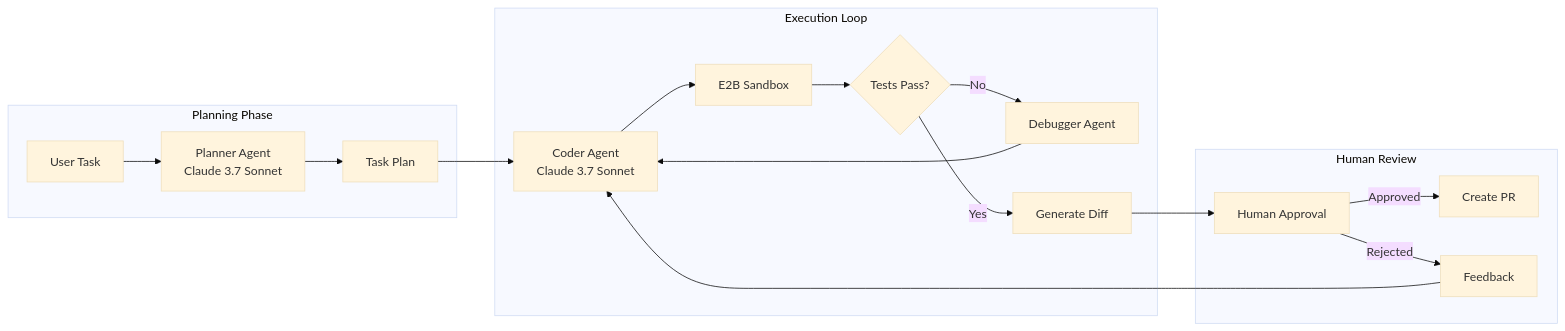
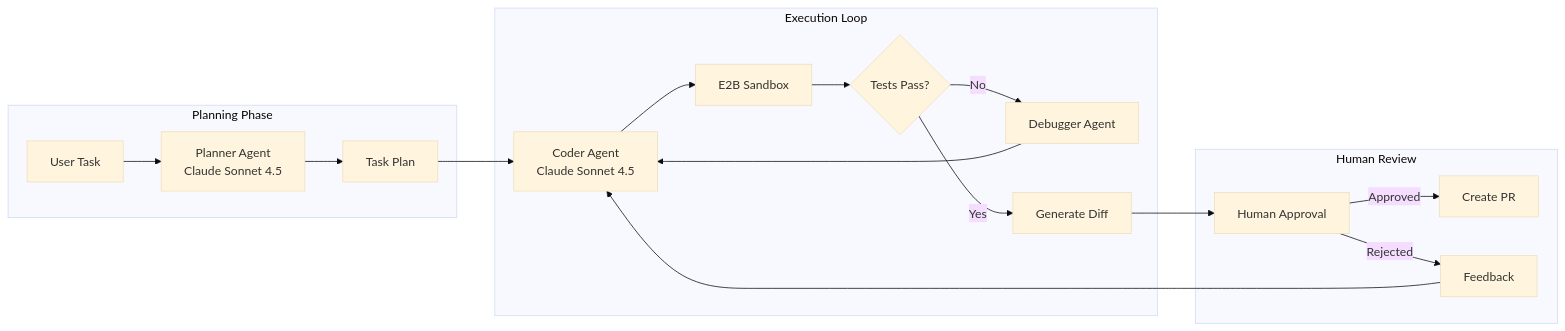
One commit to SyedMoasib000/ai-system-design-guide changed the first of 2 diagrams in 16-case-studies/07-autonomous-coding-agent.md. Above: the diagram before and after it, drawn with Mermaid (base theme). The commit also changed other lines of this file and 21 other files, not shown here.

Commit message:
docs: update model references to verified Dec 2025 names (GPT-5.2, Claude Sonnet 4.5)

````diff
--- a/16-case-studies/07-autonomous-coding-agent.md
+++ b/16-case-studies/07-autonomous-coding-agent.md
@@ -23,23 +23,23 @@
 ```mermaid
 flowchart LR
     subgraph Planning["Planning Phase"]
-        TASK[User Task] --> PLANNER[Planner Agent<br/>Claude 3.7 Sonnet]
+        TASK[User Task] --> PLANNER[Planner Agent<br/>Claude Sonnet 4.5]
         PLANNER --> PLAN[Task Plan]
     end
 
     subgraph Execution["Execution Loop"]
-        PLAN --> CODER[Coder Agent<br/>Claude 3.7 Sonnet]
+        PLAN --> CODER[Coder Agent<br/>Claude Sonnet 4.5]
         CODER --> SANDBOX[E2B Sandbox]
         SANDBOX --> TESTS{Tests Pass?}
         TESTS -->|No| DEBUGGER[Debugger Agent]
         DEBUGGER --> CODER
         TESTS -->|Yes| DIFF[Generate Diff]
     end
 
     subgraph Review["Human Review"]
         DIFF --> HITL[Human Approval]
         HITL -->|Approved| PR[Create PR]
         HITL -->|Rejected| FEEDBACK[Feedback]
         FEEDBACK --> CODER
     end
 ```
````
